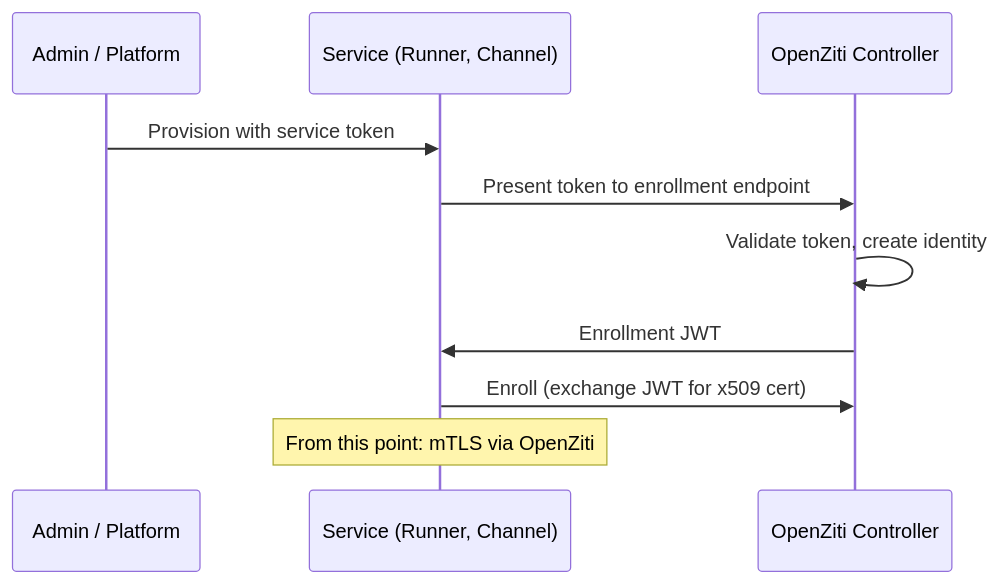
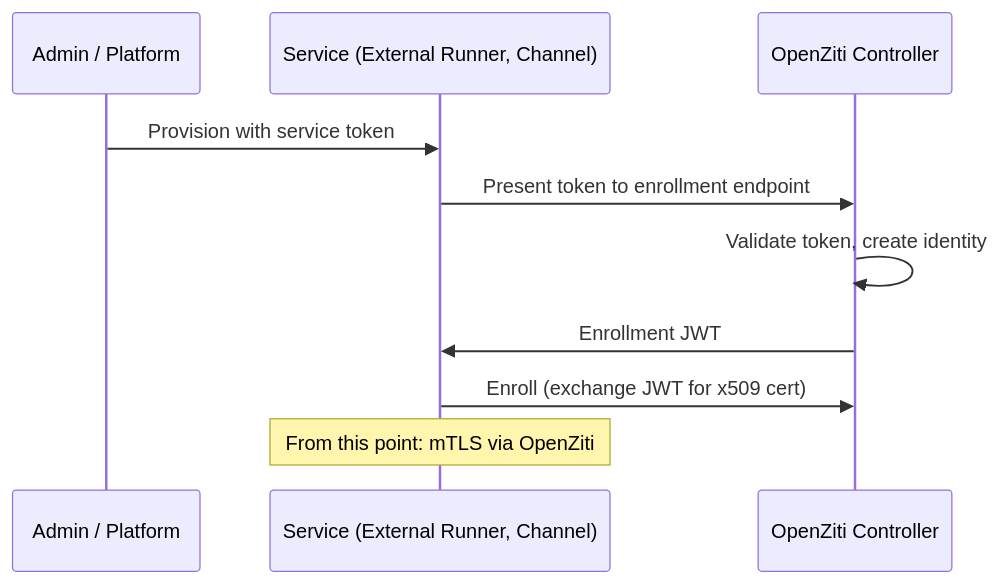
Before and after one commit to agynio/architecture: the second of 3 diagrams in architecture/authn.md, drawn with Mermaid. The commit also changed other lines of this file and 4 other files, not shown here.

First line of the commit message:
docs: resolve runner deployment and auth architecture

````diff
--- a/architecture/authn.md
+++ b/architecture/authn.md
@@ -69,13 +73,13 @@
 ```mermaid
 sequenceDiagram
     participant Admin as Admin / Platform
-    participant SVC as Service (Runner, Channel)
+    participant SVC as Service (External Runner, Channel)
     participant ZC as OpenZiti Controller
 
     Admin->>SVC: Provision with service token
     SVC->>ZC: Present token to enrollment endpoint
     ZC->>ZC: Validate token, create identity
     ZC->>SVC: Enrollment JWT
     SVC->>ZC: Enroll (exchange JWT for x509 cert)
     Note over SVC: From this point: mTLS via OpenZiti
 ```
````
